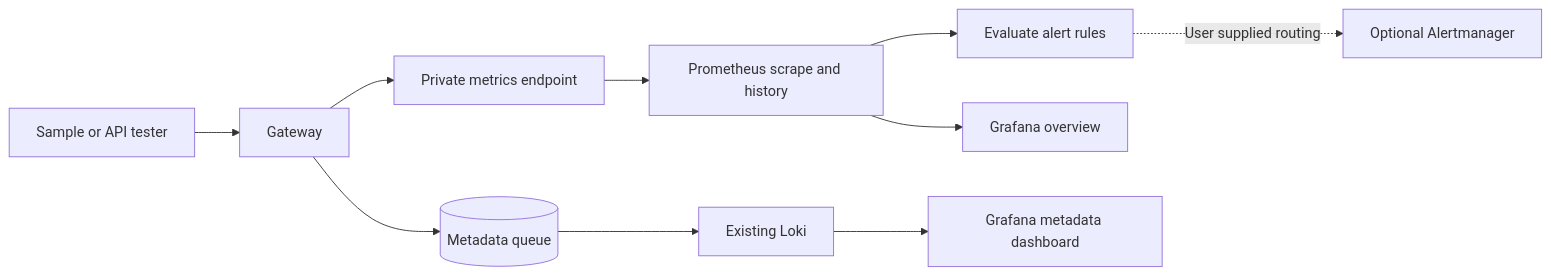
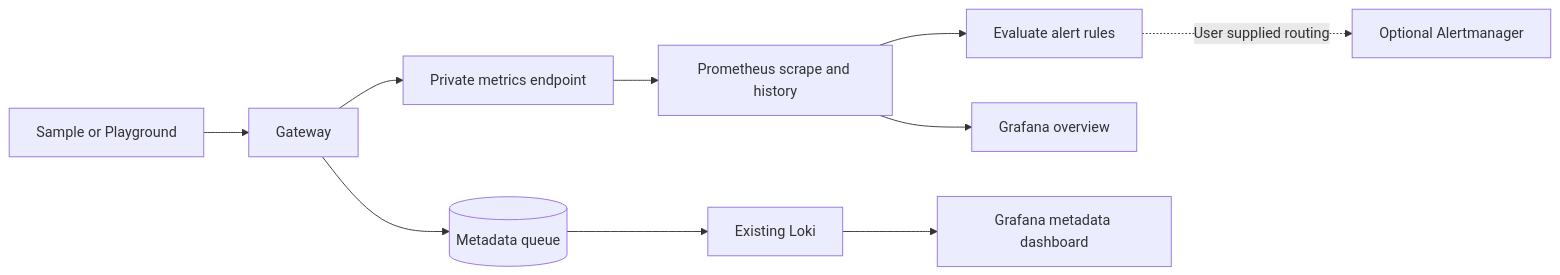
Before and after one commit to m87techlabs/m87-ai-gateway: the diagram in docs/runbooks/grafana-monitoring.md, drawn with Mermaid. The commit also changed other lines of this file and 89 other files, not shown here.

````diff
--- a/docs/runbooks/grafana-monitoring.md
+++ b/docs/runbooks/grafana-monitoring.md
@@ -19,12 +19,12 @@
 ```mermaid
 flowchart LR
-    Sample[Sample or API tester] --> Gateway[Gateway]
+    Sample[Sample or Playground] --> Gateway[Gateway]
     Gateway --> Metrics[Private metrics endpoint]
     Metrics --> Prometheus[Prometheus scrape and history]
     Prometheus --> Rules[Evaluate alert rules]
     Rules -. User supplied routing .-> Alertmanager[Optional Alertmanager]
     Prometheus --> Overview[Grafana overview]
     Gateway --> Outbox[(Metadata queue)]
     Outbox --> Loki[Existing Loki]
     Loki --> Logs[Grafana metadata dashboard]
 ```
````
